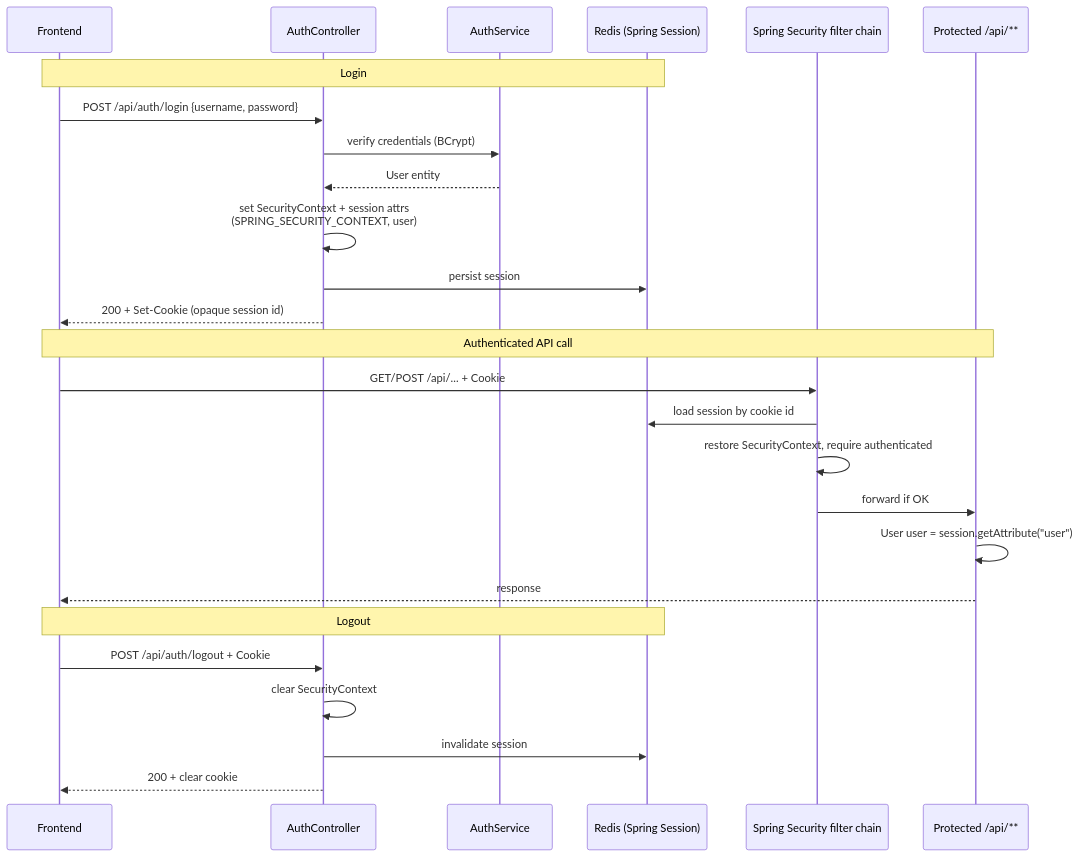
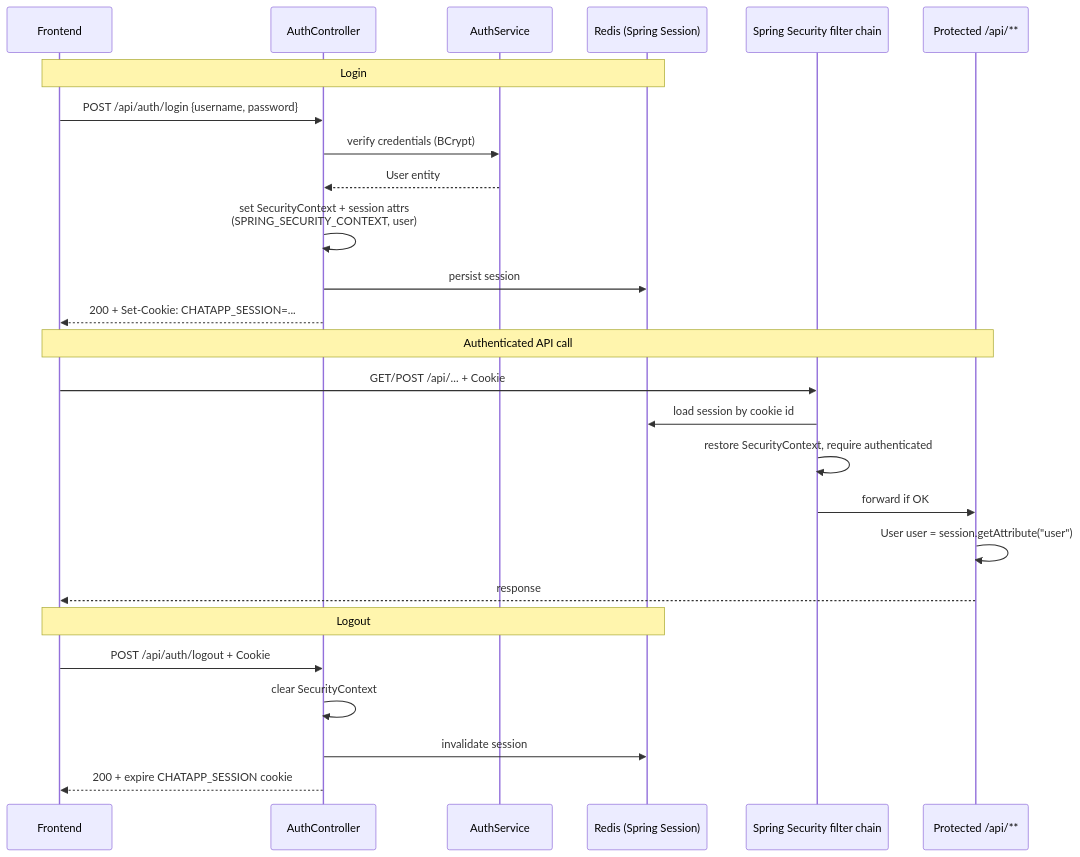
The first of 2 diagrams in docs/16_AUTH_FLOW.md (anhtuta/chat-app), drawn with Mermaid before and after one commit. The commit also changed other lines of this file and 6 other files, not shown here.

Commit message:
F-18 Rename session cookie name

````diff
--- a/docs/16_AUTH_FLOW.md
+++ b/docs/16_AUTH_FLOW.md
@@ -20,31 +21,31 @@
 ```mermaid
 sequenceDiagram
     participant FE as Frontend
     participant Auth as AuthController
     participant AuthSvc as AuthService
     participant Redis as Redis (Spring Session)
     participant Sec as Spring Security filter chain
     participant API as Protected /api/**
 
     Note over FE,Redis: Login
     FE->>Auth: POST /api/auth/login {username, password}
     Auth->>AuthSvc: verify credentials (BCrypt)
     AuthSvc-->>Auth: User entity
     Auth->>Auth: set SecurityContext + session attrs<br/>(SPRING_SECURITY_CONTEXT, user)
     Auth->>Redis: persist session
-    Auth-->>FE: 200 + Set-Cookie (opaque session id)
+    Auth-->>FE: 200 + Set-Cookie: CHATAPP_SESSION=...
 
     Note over FE,API: Authenticated API call
     FE->>Sec: GET/POST /api/... + Cookie
     Sec->>Redis: load session by cookie id
     Sec->>Sec: restore SecurityContext, require authenticated
     Sec->>API: forward if OK
     API->>API: User user = session.getAttribute("user")
     API-->>FE: response
 
     Note over FE,Redis: Logout
     FE->>Auth: POST /api/auth/logout + Cookie
     Auth->>Auth: clear SecurityContext
     Auth->>Redis: invalidate session
-    Auth-->>FE: 200 + clear cookie
+    Auth-->>FE: 200 + expire CHATAPP_SESSION cookie
 ```
````
